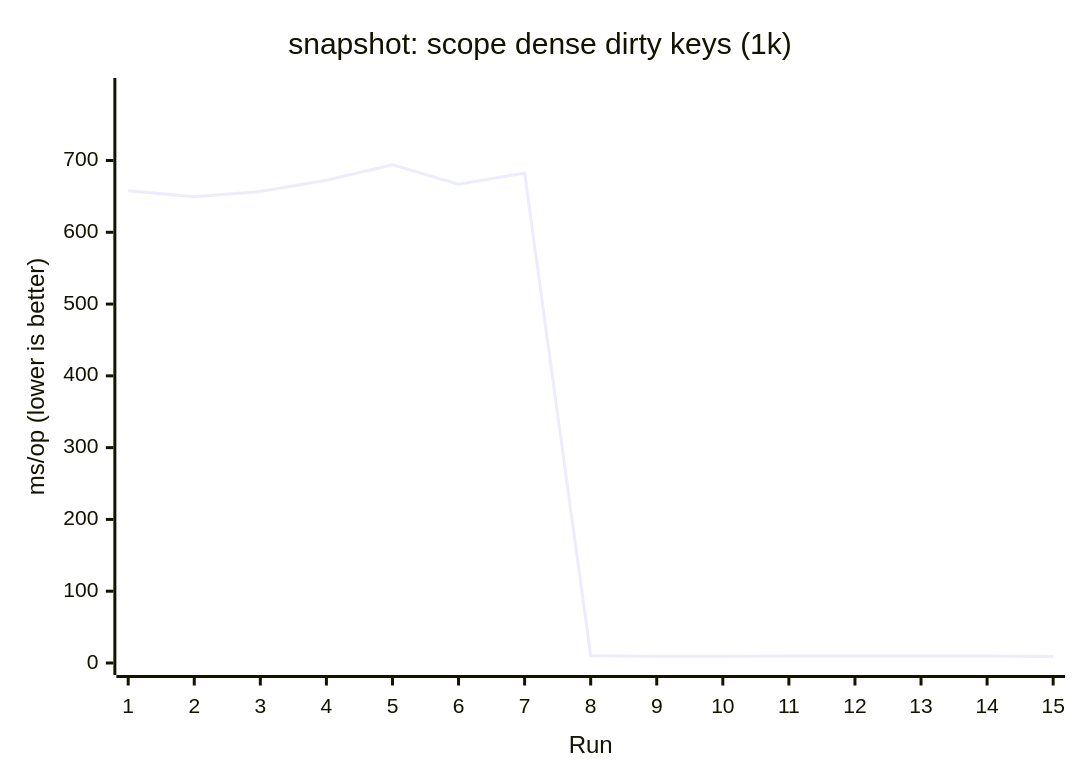
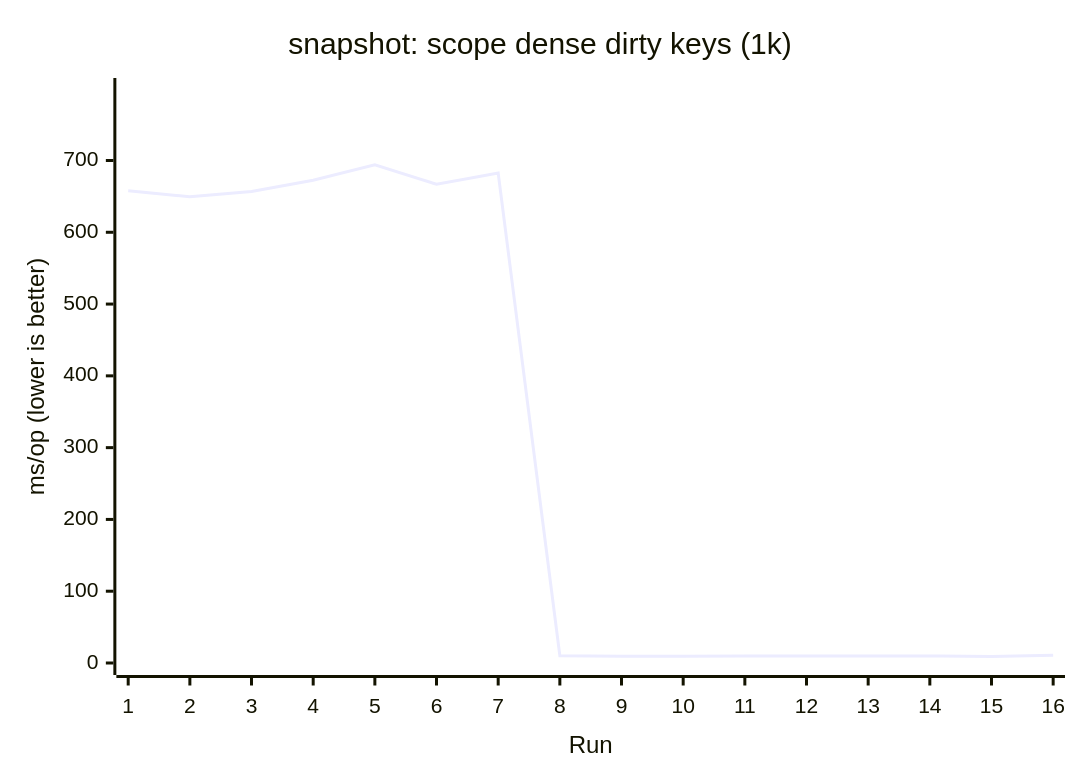
Before and after one commit to AIluffy/io: the third of 17 diagrams in apps/docs/src/content/docs/en/guides/benchmark.mdx, drawn with Mermaid. The commit also changed other lines of this file and 25 other files, not shown here.

````diff
--- a/apps/docs/src/content/docs/en/guides/benchmark.mdx
+++ b/apps/docs/src/content/docs/en/guides/benchmark.mdx
@@ -223,7 +206,7 @@
 ```mermaid
 xychart-beta
   title "snapshot: scope dense dirty keys (1k)"
-  x-axis "Run" [1, 2, 3, 4, 5, 6, 7, 8, 9, 10, 11, 12, 13, 14, 15]
+  x-axis "Run" [1, 2, 3, 4, 5, 6, 7, 8, 9, 10, 11, 12, 13, 14, 15, 16]
   y-axis "ms/op (lower is better)" 0 --> 798.196
-  line [657.7338, 649.4971, 656.8009, 672.4747, 694.0835, 666.831, 682.4672, 10.0629, 9.4418, 9.3377, 9.5797, 9.7117, 9.6769, 9.6675, 9.1825]
+  line [657.7338, 649.4971, 656.8009, 672.4747, 694.0835, 666.831, 682.4672, 10.0629, 9.4418, 9.3377, 9.5797, 9.7117, 9.6769, 9.6675, 9.1825, 10.6378]
 ```
````
